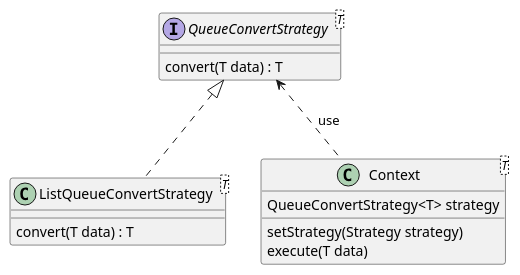
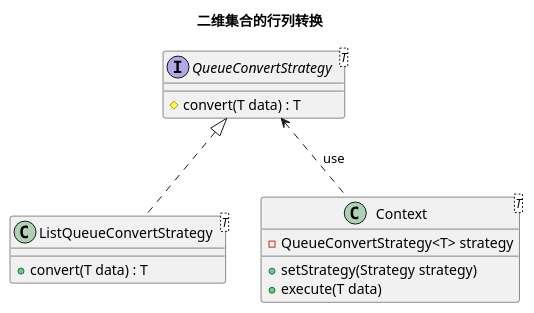
Before and after one commit to GitHubFeiLong/design: the diagram in src/design/strategy/example/convert/Convert.puml, drawn with PlantUML.

Commit message:
原型模式，修改源代码。在深度克隆时使用序列化和反序列化关闭流

```diff
--- a/src/design/strategy/example/convert/Convert.puml
+++ b/src/design/strategy/example/convert/Convert.puml
@@ -1,20 +1,20 @@
 @startuml
 'https://plantuml.com/class-diagram
-
+Title "二维集合的行列转换"
 interface QueueConvertStrategy<T>{
-    convert(T data) : T
+    # convert(T data) : T
 }
 
 class ListQueueConvertStrategy<T>{
-    convert(T data) : T
+    + convert(T data) : T
 }
 
 class Context<T> {
-    QueueConvertStrategy<T> strategy
-    setStrategy(Strategy strategy)
-    execute(T data)
+    - QueueConvertStrategy<T> strategy
+    + setStrategy(Strategy strategy)
+    + execute(T data)
 }
 
 QueueConvertStrategy <|.. ListQueueConvertStrategy
 QueueConvertStrategy <.. Context :  "use"
 @enduml
```
